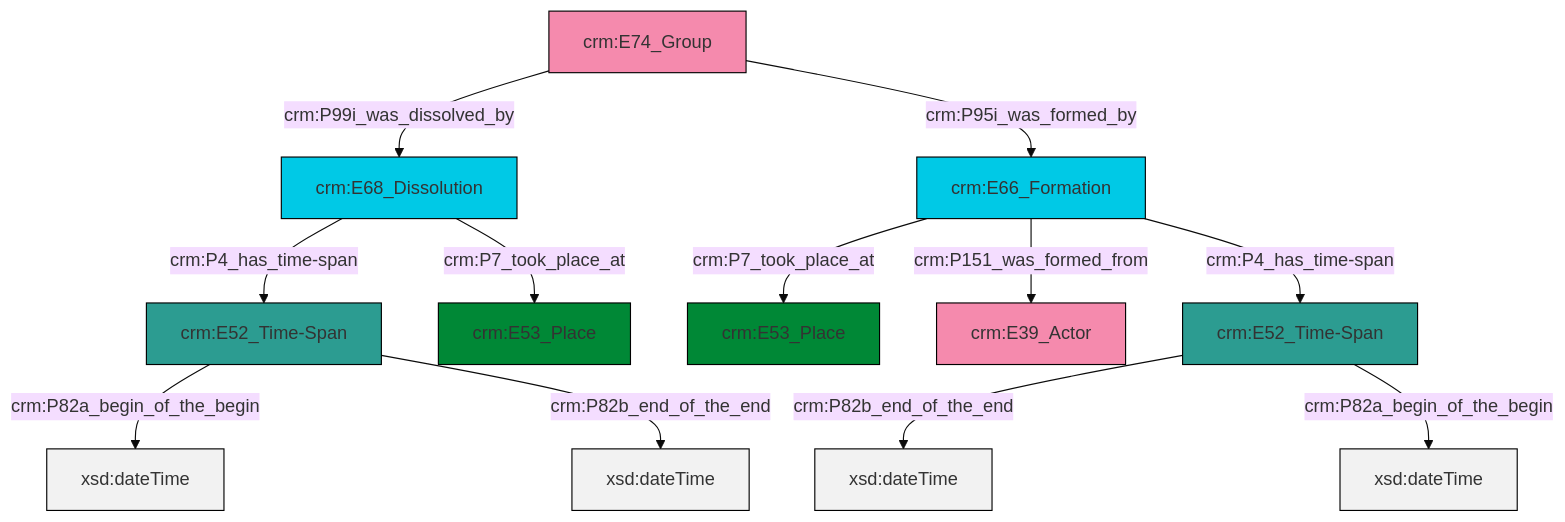
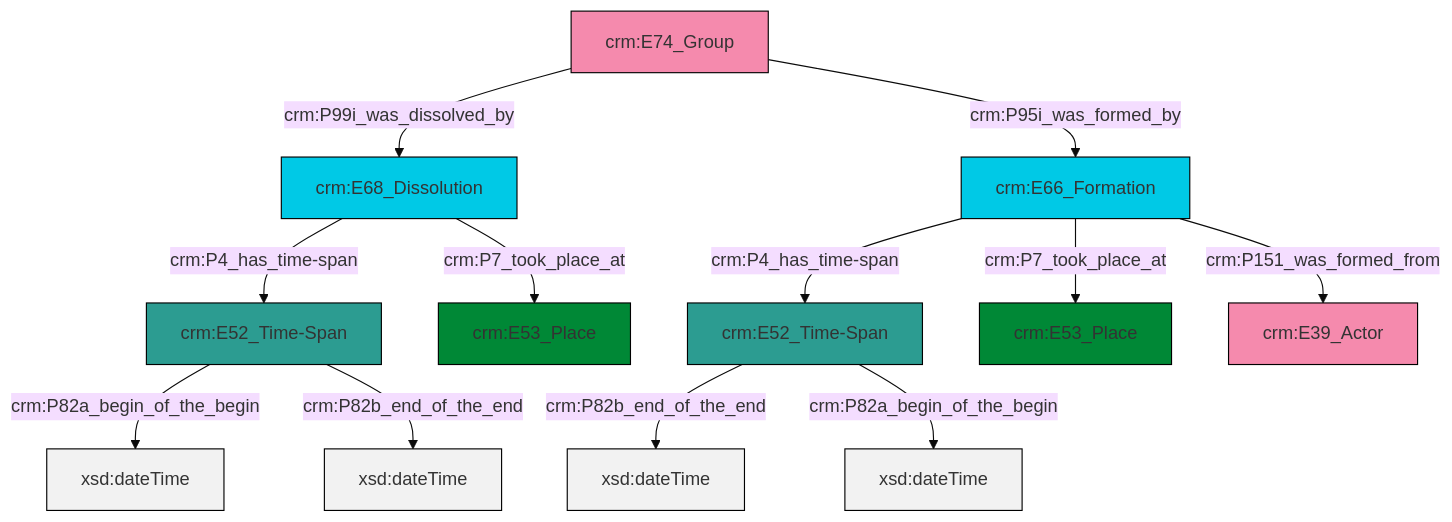
One commit to swiss-art-research-net/reference-data-models changed the diagram in et/groupCSV/ttl/mmd/group_existence.ttl.mmd. Above: the diagram before and after it, drawn with Mermaid (base theme). The commit also changed 130 other files, not shown here.

```diff
--- a/et/groupCSV/ttl/mmd/group_existence.ttl.mmd
+++ b/et/groupCSV/ttl/mmd/group_existence.ttl.mmd
@@ -1,26 +1,26 @@
 graph TD
 classDef Literal fill:#f2f2f2,stroke:#000000;
 classDef CRM_Entity fill:#FFFFFF,stroke:#000000;
 classDef Temporal_Entity fill:#00C9E6, stroke:#000000;
 classDef Type fill:#E18312, stroke:#000000;
 classDef Time-Span fill:#2C9C91, stroke:#000000;
 classDef Appellation fill:#FFEB7F, stroke:#000000;
 classDef Place fill:#008836, stroke:#000000;
 classDef Persistent_Item fill:#B266B2, stroke:#000000;
 classDef Conceptual_Object fill:#FFD700, stroke:#000000;
 classDef Physical_Thing fill:#D2B48C, stroke:#000000;
 classDef Actor fill:#f58aad, stroke:#000000;
 classDef PC_Classes fill:#4ce600, stroke:#000000;
 classDef Multi fill:#cccccc,stroke:#000000;
 
-4["crm:E52_Time-Span"]:::Time-Span -->|crm:P82a_begin_of_the_begin| 5[xsd:dateTime]:::Literal
-6["crm:E66_Formation"]:::Temporal_Entity -->|crm:P7_took_place_at| 2["crm:E53_Place"]:::Place
-0["crm:E68_Dissolution"]:::Temporal_Entity -->|crm:P4_has_time-span| 4["crm:E52_Time-Span"]:::Time-Span
-7["crm:E74_Group"]:::Actor -->|crm:P99i_was_dissolved_by| 0["crm:E68_Dissolution"]:::Temporal_Entity
-6["crm:E66_Formation"]:::Temporal_Entity -->|crm:P151_was_formed_from| 10["crm:E39_Actor"]:::Actor
-4["crm:E52_Time-Span"]:::Time-Span -->|crm:P82b_end_of_the_end| 12[xsd:dateTime]:::Literal
-7["crm:E74_Group"]:::Actor -->|crm:P95i_was_formed_by| 6["crm:E66_Formation"]:::Temporal_Entity
-6["crm:E66_Formation"]:::Temporal_Entity -->|crm:P4_has_time-span| 8["crm:E52_Time-Span"]:::Time-Span
-8["crm:E52_Time-Span"]:::Time-Span -->|crm:P82b_end_of_the_end| 17[xsd:dateTime]:::Literal
-8["crm:E52_Time-Span"]:::Time-Span -->|crm:P82a_begin_of_the_begin| 18[xsd:dateTime]:::Literal
-0["crm:E68_Dissolution"]:::Temporal_Entity -->|crm:P7_took_place_at| 13["crm:E53_Place"]:::Place
+4["crm:E68_Dissolution"]:::Temporal_Entity -->|crm:P4_has_time-span| 5["crm:E52_Time-Span"]:::Time-Span
+5["crm:E52_Time-Span"]:::Time-Span -->|crm:P82a_begin_of_the_begin| 6[xsd:dateTime]:::Literal
+9["crm:E52_Time-Span"]:::Time-Span -->|crm:P82b_end_of_the_end| 10[xsd:dateTime]:::Literal
+9["crm:E52_Time-Span"]:::Time-Span -->|crm:P82a_begin_of_the_begin| 11[xsd:dateTime]:::Literal
+7["crm:E66_Formation"]:::Temporal_Entity -->|crm:P4_has_time-span| 9["crm:E52_Time-Span"]:::Time-Span
+7["crm:E66_Formation"]:::Temporal_Entity -->|crm:P7_took_place_at| 2["crm:E53_Place"]:::Place
+4["crm:E68_Dissolution"]:::Temporal_Entity -->|crm:P7_took_place_at| 14["crm:E53_Place"]:::Place
+15["crm:E74_Group"]:::Actor -->|crm:P99i_was_dissolved_by| 4["crm:E68_Dissolution"]:::Temporal_Entity
+5["crm:E52_Time-Span"]:::Time-Span -->|crm:P82b_end_of_the_end| 17[xsd:dateTime]:::Literal
+15["crm:E74_Group"]:::Actor -->|crm:P95i_was_formed_by| 7["crm:E66_Formation"]:::Temporal_Entity
+7["crm:E66_Formation"]:::Temporal_Entity -->|crm:P151_was_formed_from| 0["crm:E39_Actor"]:::Actor
```
